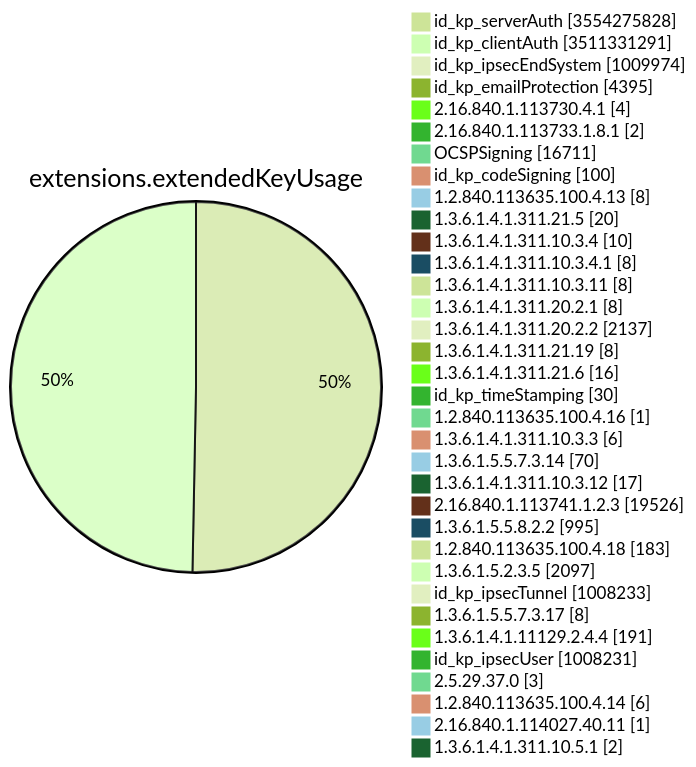
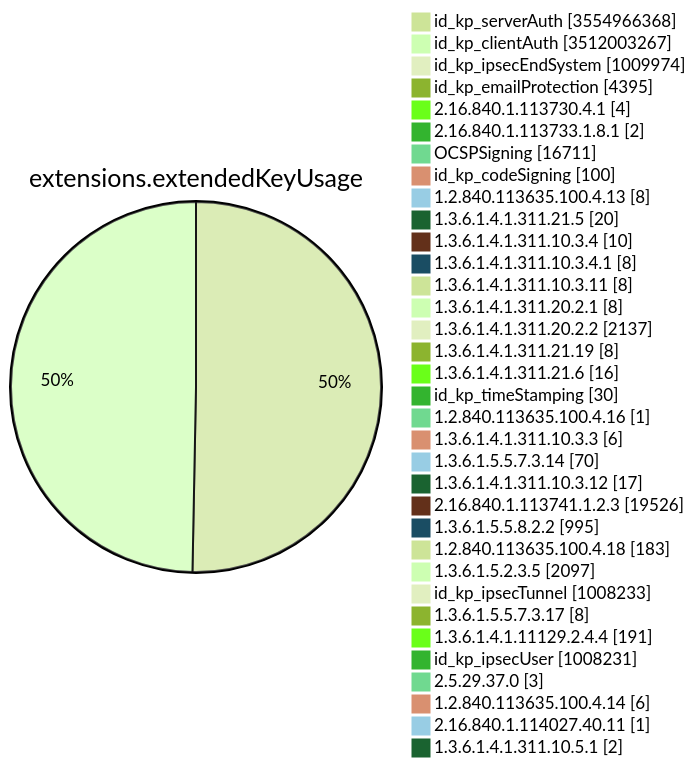
One commit to christiankrug/ctmonitor_visualization changed diagram 11 of 15 in TOTAL/README.md. Above: the diagram before and after it, drawn with Mermaid (forest theme). The commit also changed other lines of this file, not shown here.

````diff
--- a/TOTAL/README.md
+++ b/TOTAL/README.md
@@ -4128,38 +4128,38 @@
 ```mermaid
 pie showData
 title extensions.extendedKeyUsage
-"id_kp_serverAuth" :3554275828
-"id_kp_clientAuth" :3511331291
+"id_kp_serverAuth" :3554966368
+"id_kp_clientAuth" :3512003267
 "id_kp_ipsecEndSystem" :1009974
 "id_kp_emailProtection" :4395
 "2.16.840.1.113730.4.1" :4
 "2.16.840.1.113733.1.8.1" :2
 "OCSPSigning" :16711
 "id_kp_codeSigning" :100
 "1.2.840.113635.100.4.13" :8
 "1.3.6.1.4.1.311.21.5" :20
 "1.3.6.1.4.1.311.10.3.4" :10
 "1.3.6.1.4.1.311.10.3.4.1" :8
 "1.3.6.1.4.1.311.10.3.11" :8
 "1.3.6.1.4.1.311.20.2.1" :8
 "1.3.6.1.4.1.311.20.2.2" :2137
 "1.3.6.1.4.1.311.21.19" :8
 "1.3.6.1.4.1.311.21.6" :16
 "id_kp_timeStamping" :30
 "1.2.840.113635.100.4.16" :1
 "1.3.6.1.4.1.311.10.3.3" :6
 "1.3.6.1.5.5.7.3.14" :70
 "1.3.6.1.4.1.311.10.3.12" :17
 "2.16.840.1.113741.1.2.3" :19526
 "1.3.6.1.5.5.8.2.2" :995
 "1.2.840.113635.100.4.18" :183
 "1.3.6.1.5.2.3.5" :2097
 "id_kp_ipsecTunnel" :1008233
 "1.3.6.1.5.5.7.3.17" :8
 "1.3.6.1.4.1.11129.2.4.4" :191
 "id_kp_ipsecUser" :1008231
 "2.5.29.37.0" :3
 "1.2.840.113635.100.4.14" :6
 "2.16.840.1.114027.40.11" :1
 "1.3.6.1.4.1.311.10.5.1" :2
 ```
````
